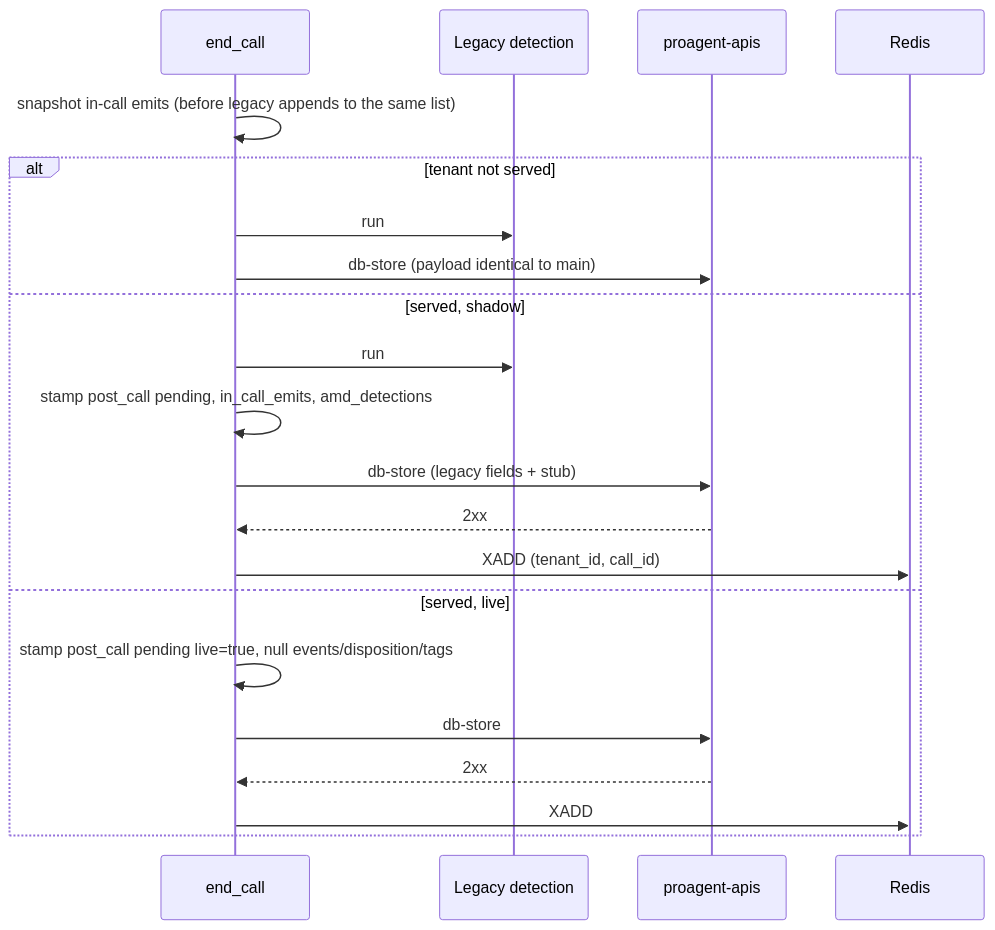
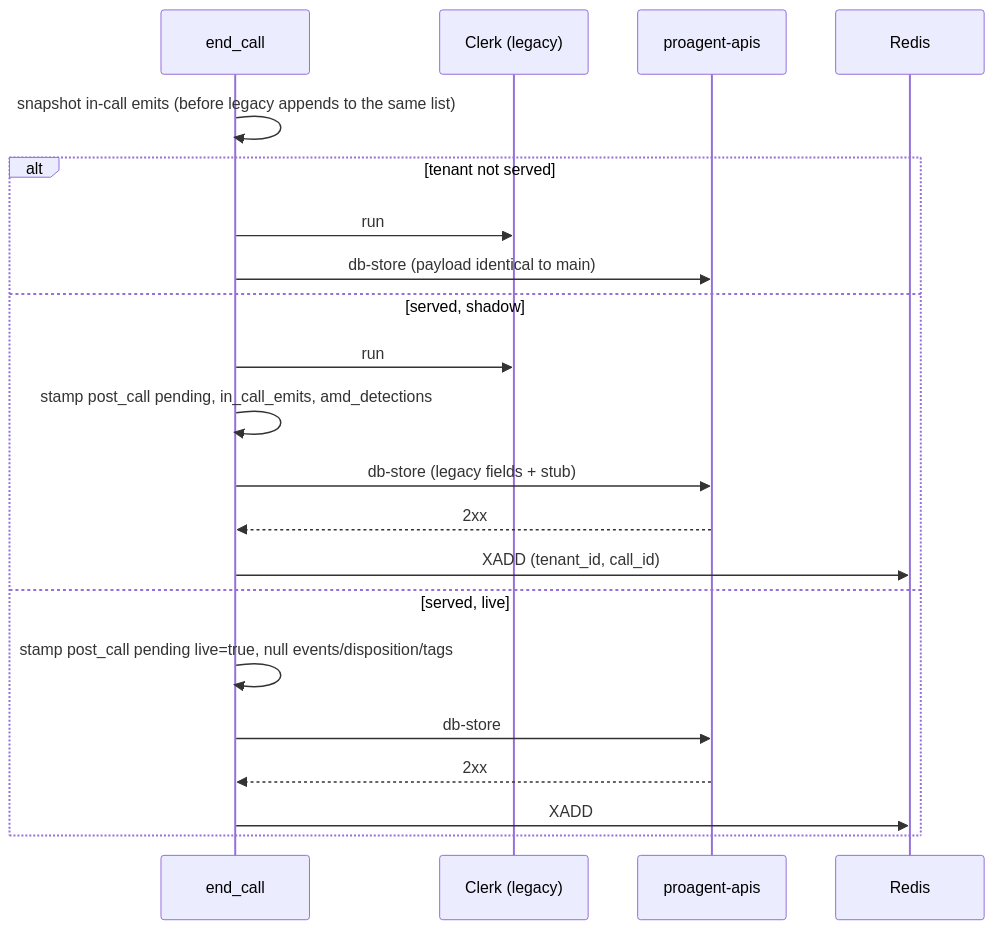
Before and after one commit to mynk93/dotfiles: the diagram in home/dot_claude/skills/elih/examples/post-call-event-gen/chunks/stamp.md, drawn with Mermaid. The commit also changed 17 other files, not shown here.

````diff
--- a/home/dot_claude/skills/elih/examples/post-call-event-gen/chunks/stamp.md
+++ b/home/dot_claude/skills/elih/examples/post-call-event-gen/chunks/stamp.md
@@ -14,23 +14,23 @@
 ```mermaid
 sequenceDiagram
     participant EC as end_call
-    participant LEG as Legacy detection
+    participant LEG as Clerk (legacy)
     participant API as proagent-apis
     participant R as Redis
     EC->>EC: snapshot in-call emits (before legacy appends to the same list)
     alt tenant not served
         EC->>LEG: run
         EC->>API: db-store (payload identical to main)
     else served, shadow
         EC->>LEG: run
         EC->>EC: stamp post_call pending, in_call_emits, amd_detections
         EC->>API: db-store (legacy fields + stub)
         API-->>EC: 2xx
         EC->>R: XADD (tenant_id, call_id)
     else served, live
         EC->>EC: stamp post_call pending live=true, null events/disposition/tags
         EC->>API: db-store
         API-->>EC: 2xx
         EC->>R: XADD
     end
 ```
````
